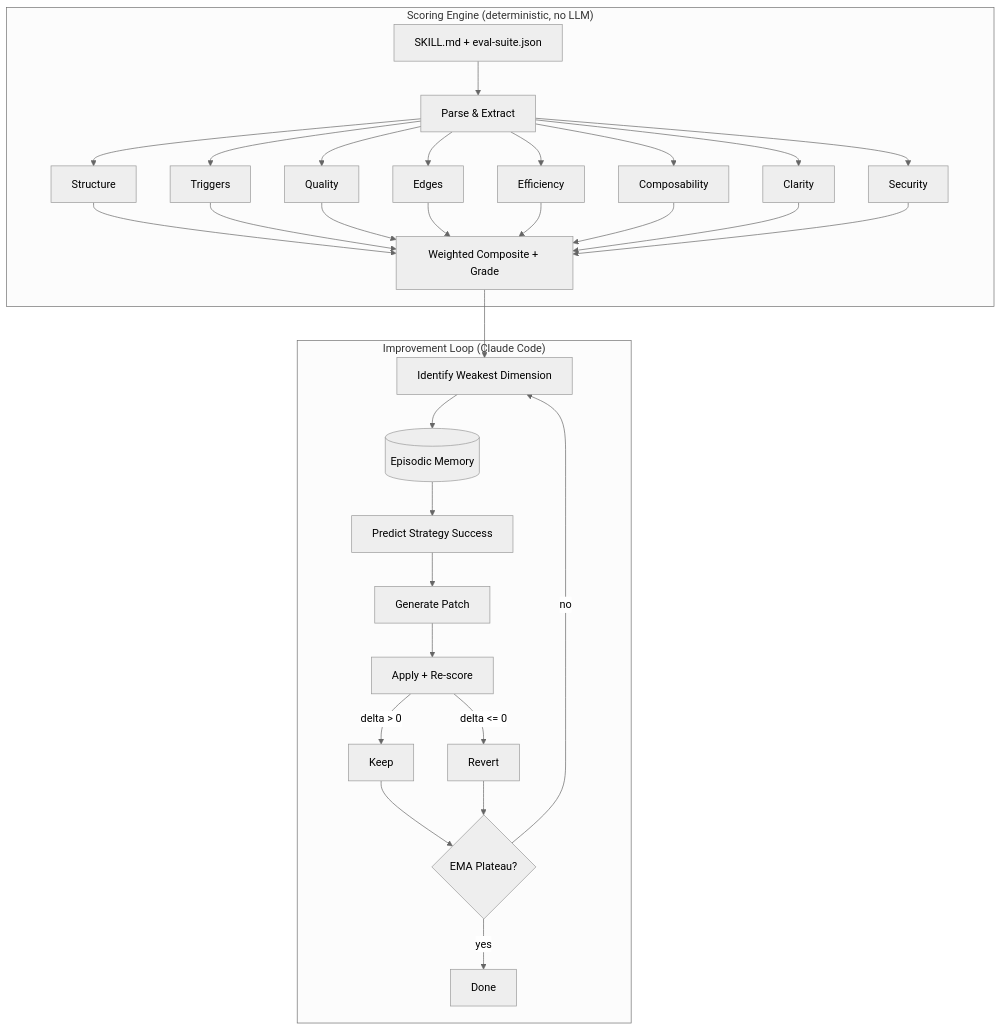
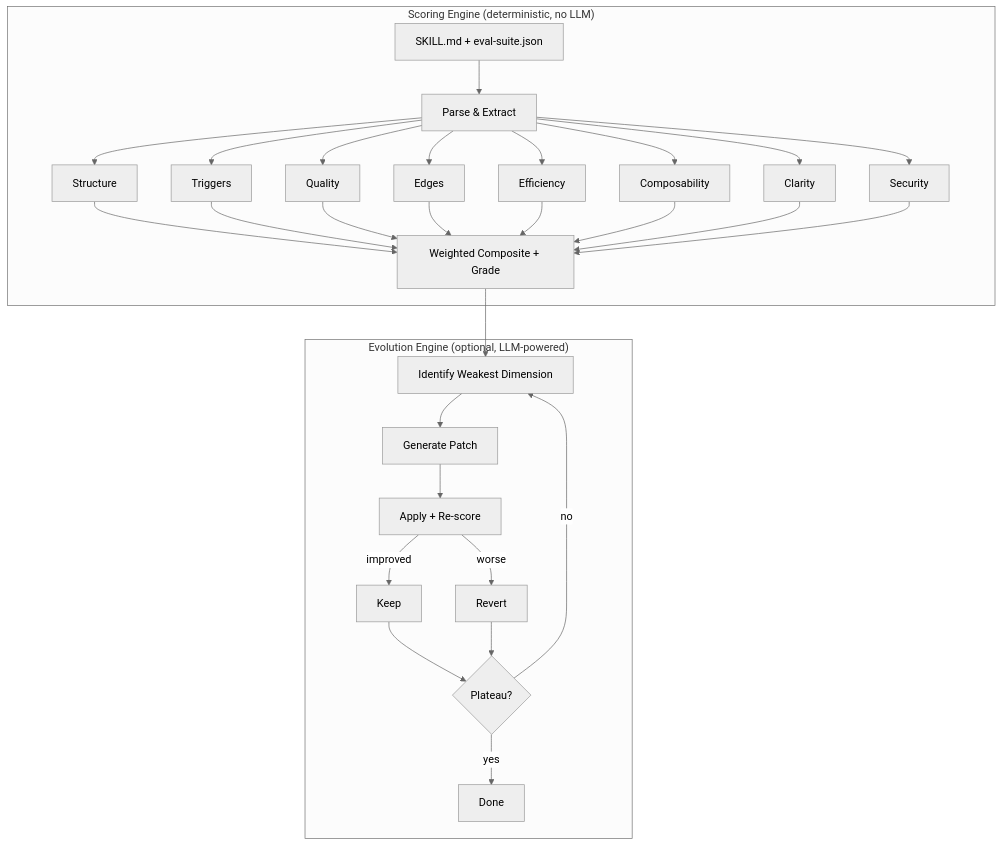
The diagram in README.md (Zandereins/schliff), drawn with Mermaid (neutral theme) before and after one commit. The commit also changed other lines of this file, not shown here.

````diff
--- a/README.md
+++ b/README.md
@@ -246,28 +190,26 @@
 ```mermaid
 flowchart TB
     subgraph Scoring ["Scoring Engine (deterministic, no LLM)"]
         SKILL[SKILL.md + eval-suite.json] --> PARSE[Parse & Extract]
         PARSE --> S1[Structure]
         PARSE --> S2[Triggers]
         PARSE --> S3[Quality]
         PARSE --> S4[Edges]
         PARSE --> S5[Efficiency]
         PARSE --> S6[Composability]
         PARSE --> S7[Clarity]
         PARSE --> S8[Security]
         S1 & S2 & S3 & S4 & S5 & S6 & S7 & S8 --> COMPOSITE[Weighted Composite + Grade]
     end
 
-    subgraph Loop ["Improvement Loop (Claude Code)"]
+    subgraph Loop ["Evolution Engine (optional, LLM-powered)"]
         COMPOSITE --> GRADIENT[Identify Weakest Dimension]
-        GRADIENT --> MEMORY[(Episodic Memory)]
-        MEMORY --> PREDICT[Predict Strategy Success]
-        PREDICT --> PATCH[Generate Patch]
+        GRADIENT --> PATCH[Generate Patch]
         PATCH --> APPLY[Apply + Re-score]
-        APPLY -->|delta > 0| KEEP[Keep]
-        APPLY -->|delta <= 0| REVERT[Revert]
-        KEEP & REVERT --> EMA{EMA Plateau?}
-        EMA -->|no| GRADIENT
-        EMA -->|yes| DONE[Done]
+        APPLY -->|improved| KEEP[Keep]
+        APPLY -->|worse| REVERT[Revert]
+        KEEP & REVERT --> PLATEAU{Plateau?}
+        PLATEAU -->|no| GRADIENT
+        PLATEAU -->|yes| DONE[Done]
     end
 ```
````
